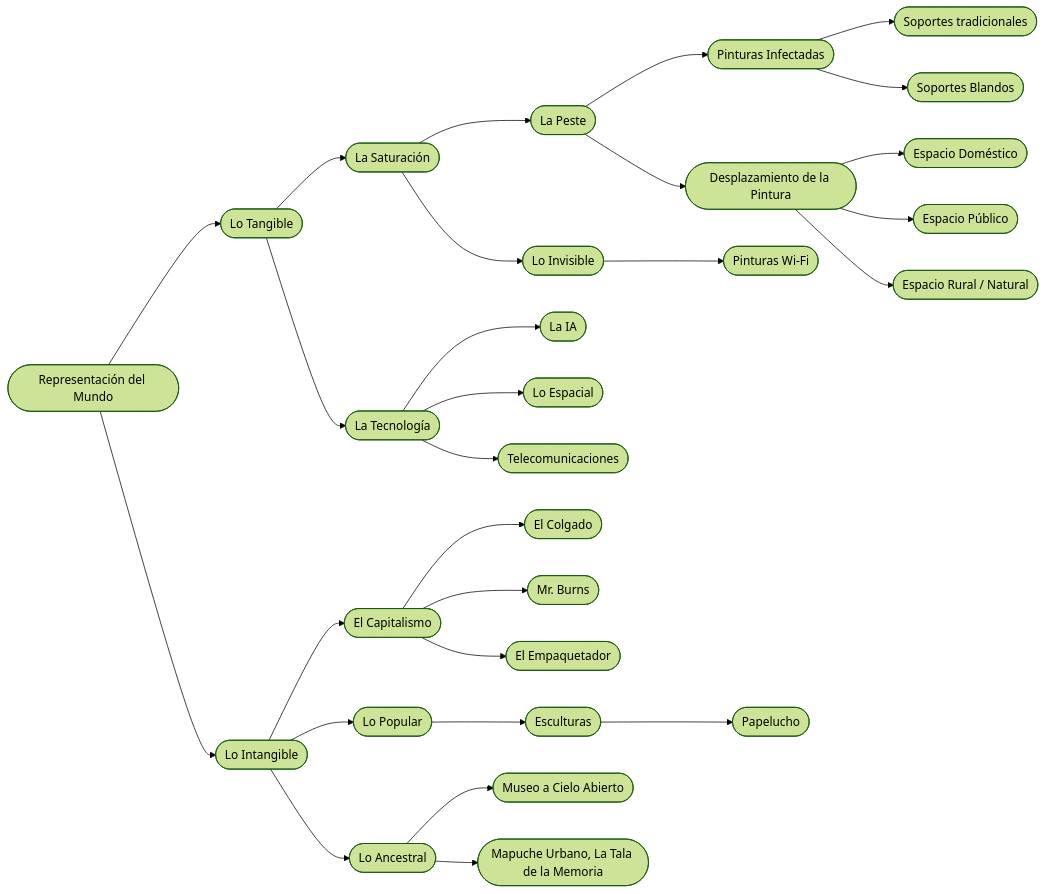
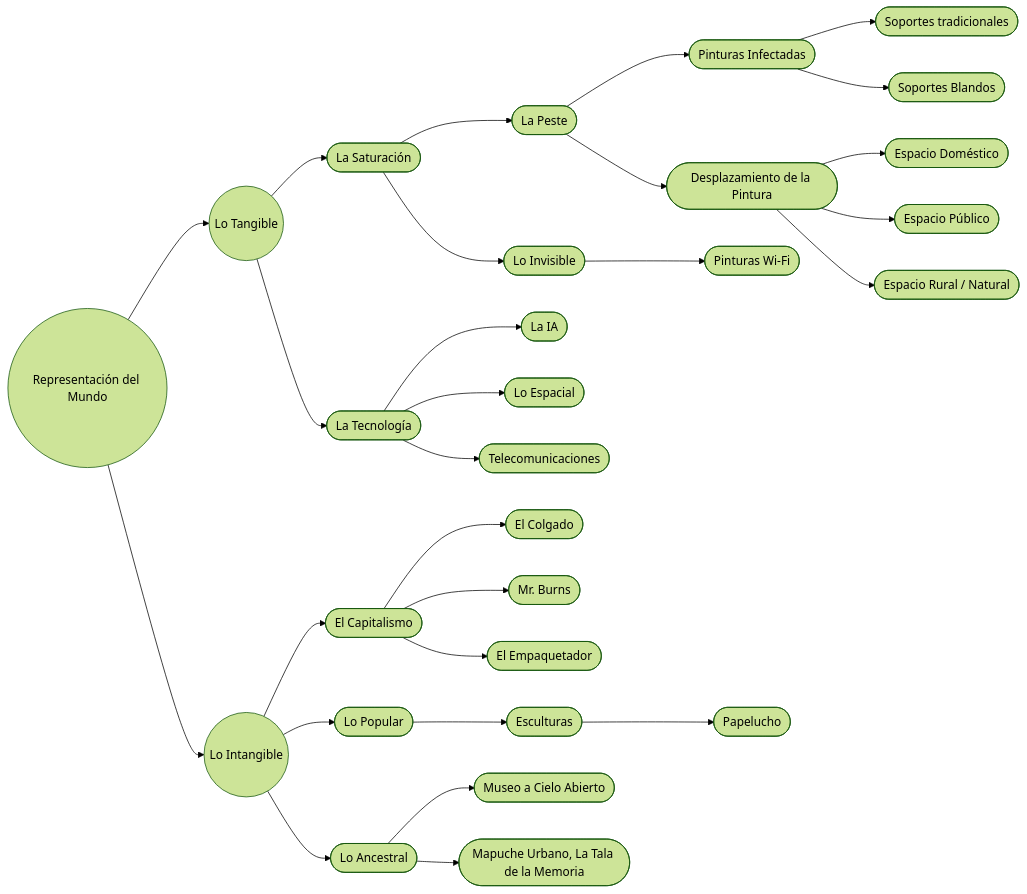
One commit to EGGS-Artesvisuales/EGGS-Artesvisuales.github.io changed the first of 3 diagrams in ES/diagrama.md. Above: the diagram before and after it, drawn with Mermaid (forest theme). The commit also changed other lines of this file, not shown here.

```diff
--- a/ES/diagrama.md
+++ b/ES/diagrama.md
@@ -26,69 +26,69 @@
 <div class="mermaid">
 graph LR
-  A([Representación del Mundo]) --> A1([Lo Tangible])
-  A --> A2([Lo Intangible])
+  A((Representación del Mundo)) --> A1((Lo Tangible))
+  A --> A2((Lo Intangible))
 
   A1 --> A1a([La Saturación])
   A1a --> A1a1([La Peste])
   A1a1 --> A1a1a([Pinturas Infectadas])
   A1a1a --> A1a1a1([Soportes tradicionales])
   A1a1a --> A1a1a2([Soportes Blandos])
 
   A1a1 --> A1a1b([Desplazamiento de la Pintura])
   A1a1b --> A1a1b1([Espacio Doméstico])
   A1a1b --> A1a1b2([Espacio Público])
   A1a1b --> A1a1b3([Espacio Rural / Natural])
 
   A1a --> A1a2([Lo Invisible])
   A1a2 --> A1a2a([Pinturas Wi-Fi])
 
   A1 --> A1b([La Tecnología])
   A1b --> A1b1([La IA])
   A1b --> A1b2([Lo Espacial])
   A1b --> A1b3([Telecomunicaciones])
 
   A2 --> A2a([El Capitalismo])
   A2a --> A2a1([El Colgado])
   A2a --> A2a2([Mr. Burns])
   A2a --> A2a3([El Empaquetador])
 
   A2 --> A2b([Lo Popular])
   A2b --> A2b1([Esculturas])
   A2b1 --> A2b1a([Papelucho])
 
   A2 --> A2c([Lo Ancestral])
   A2c --> A2c1([Museo a Cielo Abierto])
   A2c --> A2c2([Mapuche Urbano, La Tala de la Memoria])
 
   %% Enlaces (existentes)
   click A "mundo-exterior.html" "Ir a Representación del Mundo"
   click A1 "tangible.html" "Ir a Lo Tangible"
   click A2 "intangible.html" "Ir a Lo Intangible"
   click A1a "saturacion.html" "Ir a La Saturación"
   click A1a1 "la-peste.html" "Ir a La Peste"
   click A1a1a "peste-pinturas-infectadas.html" "Ir a Pinturas infectadas"
   click A1a1b "desplazamiento-pintura.html" "Ir a Desplazamiento de la Pintura"
   click A1a1b1 "espacio-domestico.html" "Ir a Espacio Doméstico"
   click A1a1b2 "espacio-publico.html" "Ir a Espacio Público"
   click A1a1b3 "espacio-rural.html" "Ir a Espacio Rural / Natural"
   click A1a2 "lo-invisible.html" "Ir a Lo Invisible"
   click A2c1 "musoe-cielo-abierto.html" "Ir a Museo a Cielo Abierto"
 
   %% Enlaces (no existentes aún -> en construcción)
   click A1a1a1 "en-construccion.html" "En construcción"
   click A1a1a2 "en-construccion.html" "En construcción"
   click A1a2a "en-construccion.html" "En construcción"
   click A1b "en-construccion.html" "En construcción"
   click A1b1 "en-construccion.html" "En construcción"
   click A1b2 "en-construccion.html" "En construcción"
   click A1b3 "en-construccion.html" "En construcción"
   click A2a "en-construccion.html" "En construcción"
   click A2a1 "en-construccion.html" "En construcción"
   click A2a2 "en-construccion.html" "En construcción"
   click A2a3 "en-construccion.html" "En construcción"
   click A2b "en-construccion.html" "En construcción"
   click A2b1 "en-construccion.html" "En construcción"
   click A2b1a "en-construccion.html" "En construcción"
   click A2c "en-construccion.html" "En construcción"
   click A2c2 "en-construccion.html" "En construcción"
 </div>
```
